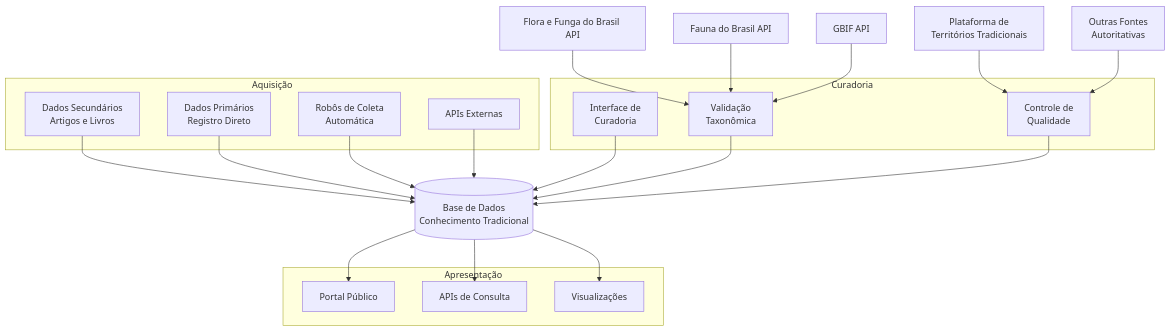
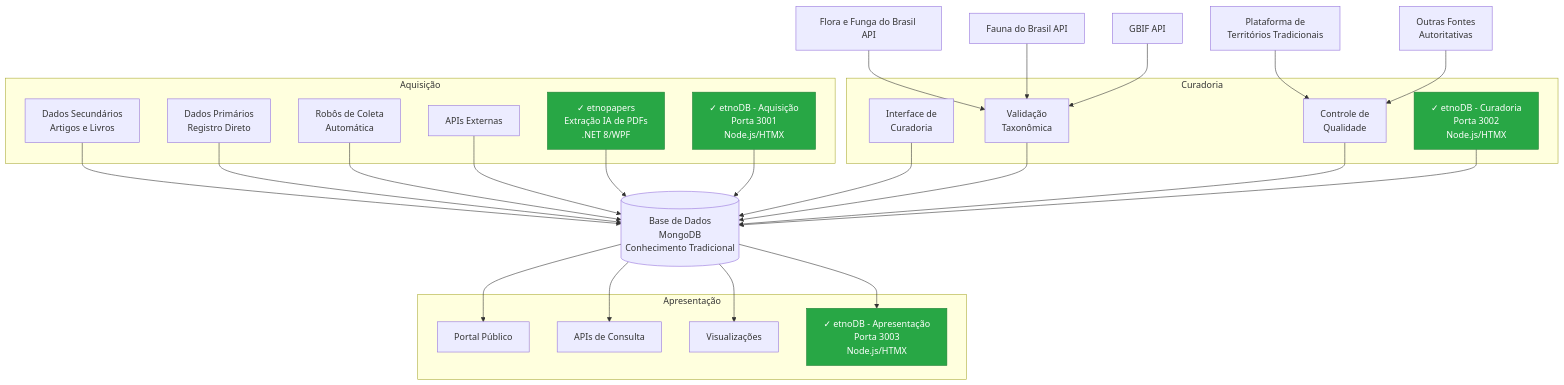
One commit to edalcin/Arquitetura-BioCultural changed the second of 4 diagrams in README.md. Above: the diagram before and after it, drawn with Mermaid. The commit also changed other lines of this file and 3 other files, not shown here.

First line of the commit message:
Update architecture to version 1.2 with implemented containers

````diff
--- a/README.md
+++ b/README.md
@@ -82,44 +142,56 @@
 ```mermaid
 graph TB
-    subgraph Aquisição
+    subgraph "Aquisição"
         A1[Dados Secundários<br/>Artigos e Livros]
         A2[Dados Primários<br/>Registro Direto]
         A3[Robôs de Coleta<br/>Automática]
         A4[APIs Externas]
+        ETNOPAPERS["✓ etnopapers<br/>Extração IA de PDFs<br/>.NET 8/WPF"]
+        ETNODB_ACQ["✓ etnoDB - Aquisição<br/>Porta 3001<br/>Node.js/HTMX"]
     end
 
-    subgraph Curadoria
+    subgraph "Curadoria"
         C1[Interface de<br/>Curadoria]
         C2[Validação<br/>Taxonômica]
         C3[Controle de<br/>Qualidade]
+        ETNODB_CUR["✓ etnoDB - Curadoria<br/>Porta 3002<br/>Node.js/HTMX"]
     end
 
-    subgraph Apresentação
+    subgraph "Apresentação"
         P1[Portal Público]
         P2[APIs de Consulta]
         P3[Visualizações]
+        ETNODB_PUB["✓ etnoDB - Apresentação<br/>Porta 3003<br/>Node.js/HTMX"]
     end
 
-    DB[(Base de Dados<br/>Conhecimento Tradicional)]
+    DB[("Base de Dados<br/>MongoDB<br/>Conhecimento Tradicional")]
 
     A1 --> DB
     A2 --> DB
     A3 --> DB
     A4 --> DB
+    ETNOPAPERS --> DB
+    ETNODB_ACQ --> DB
 
     C1 --> DB
     C2 --> DB
     C3 --> DB
-
+    ETNODB_CUR --> DB
 
     DB --> P1
     DB --> P2
     DB --> P3
+    DB --> ETNODB_PUB
 
     EXT1[Flora e Funga do Brasil API] --> C2
     EXT2[Fauna do Brasil API] --> C2
     EXT3[GBIF API] --> C2
     EXT4[Plataforma de<br>Territórios Tradicionais] --> C3
     EXT5[Outras Fontes<br>Autoritativas] --> C3
-    
+
+    style ETNOPAPERS fill:#28a745,stroke:#1e7e34,color:#ffffff
+    style ETNODB_ACQ fill:#28a745,stroke:#1e7e34,color:#ffffff
+    style ETNODB_CUR fill:#28a745,stroke:#1e7e34,color:#ffffff
+    style ETNODB_PUB fill:#28a745,stroke:#1e7e34,color:#ffffff
+
 ```
````
